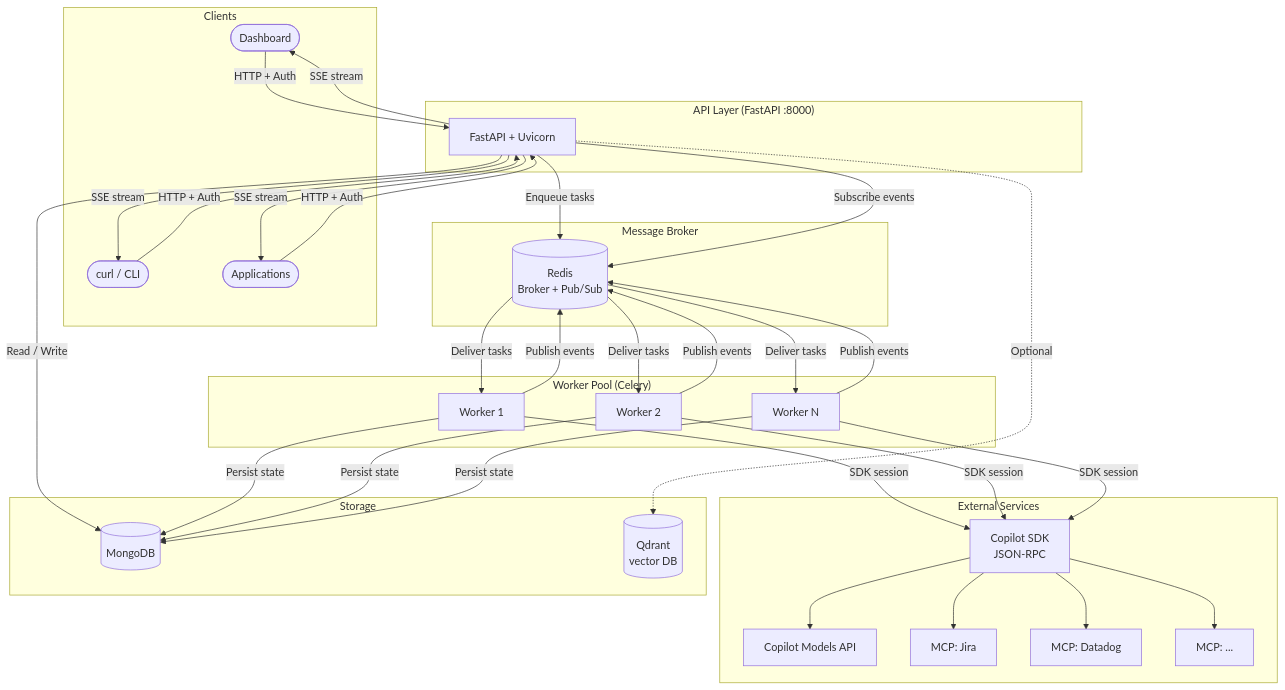
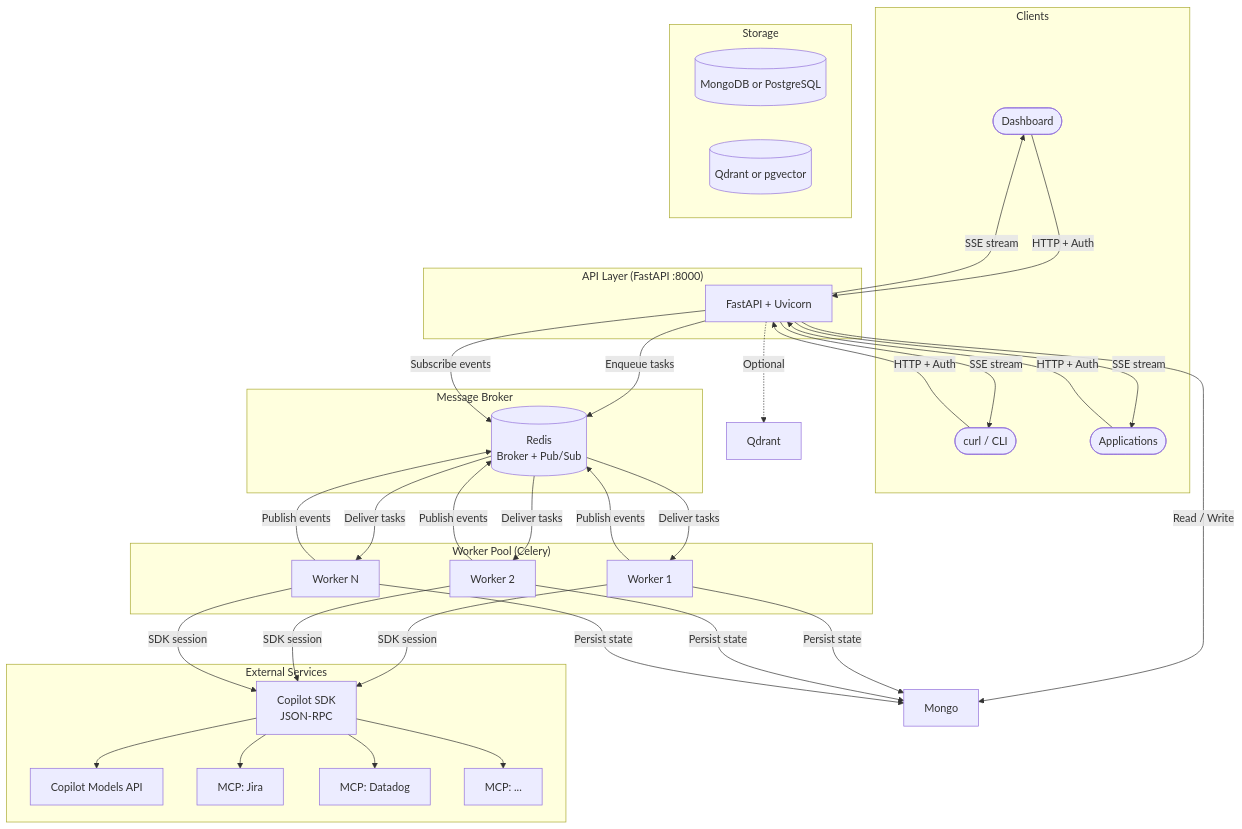
One commit to naaico-tech/tbd-agents changed the diagram in README.md. Above: the diagram before and after it, drawn with Mermaid. The commit also changed other lines of this file and 44 other files, not shown here.

````diff
--- a/README.md
+++ b/README.md
@@ -183,51 +188,51 @@
 ```mermaid
 graph TB
     subgraph Clients
         Dashboard([Dashboard])
         CLI([curl / CLI])
         Apps([Applications])
     end
 
     subgraph API["API Layer (FastAPI :8000)"]
         FastAPI[FastAPI + Uvicorn]
     end
 
     subgraph Broker["Message Broker"]
         Redis[(Redis\nBroker + Pub/Sub)]
     end
 
     subgraph Workers["Worker Pool (Celery)"]
         W1[Worker 1]
         W2[Worker 2]
         WN[Worker N]
     end
 
     subgraph External["External Services"]
         SDK[Copilot SDK\nJSON-RPC]
         Models[Copilot Models API]
         MCP1[MCP: Jira]
         MCP2[MCP: Datadog]
         MCPN[MCP: ...]
     end
 
     subgraph Storage
-        Mongo[(MongoDB)]
-        Qdrant[(Qdrant\nvector DB)]
+        Data[(MongoDB or PostgreSQL)]
+        Vector[(Qdrant or pgvector)]
     end
 
     Dashboard & CLI & Apps -->|HTTP + Auth| FastAPI
     FastAPI -->|Enqueue tasks| Redis
     FastAPI -->|Subscribe events| Redis
     FastAPI -->|SSE stream| Dashboard & CLI & Apps
     FastAPI -->|Read / Write| Mongo
 
     Redis -->|Deliver tasks| W1 & W2 & WN
     W1 & W2 & WN -->|Publish events| Redis
     W1 & W2 & WN -->|Persist state| Mongo
     W1 & W2 & WN -->|SDK session| SDK
 
     SDK --> Models
     SDK --> MCP1 & MCP2 & MCPN
 
     FastAPI -.->|Optional| Qdrant
 ```
````
